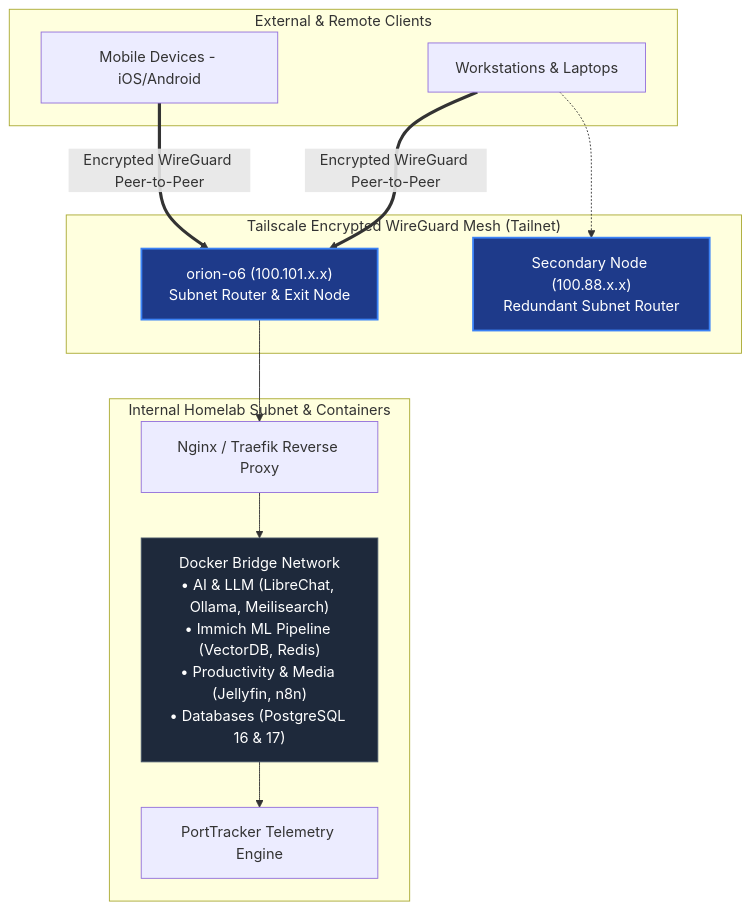
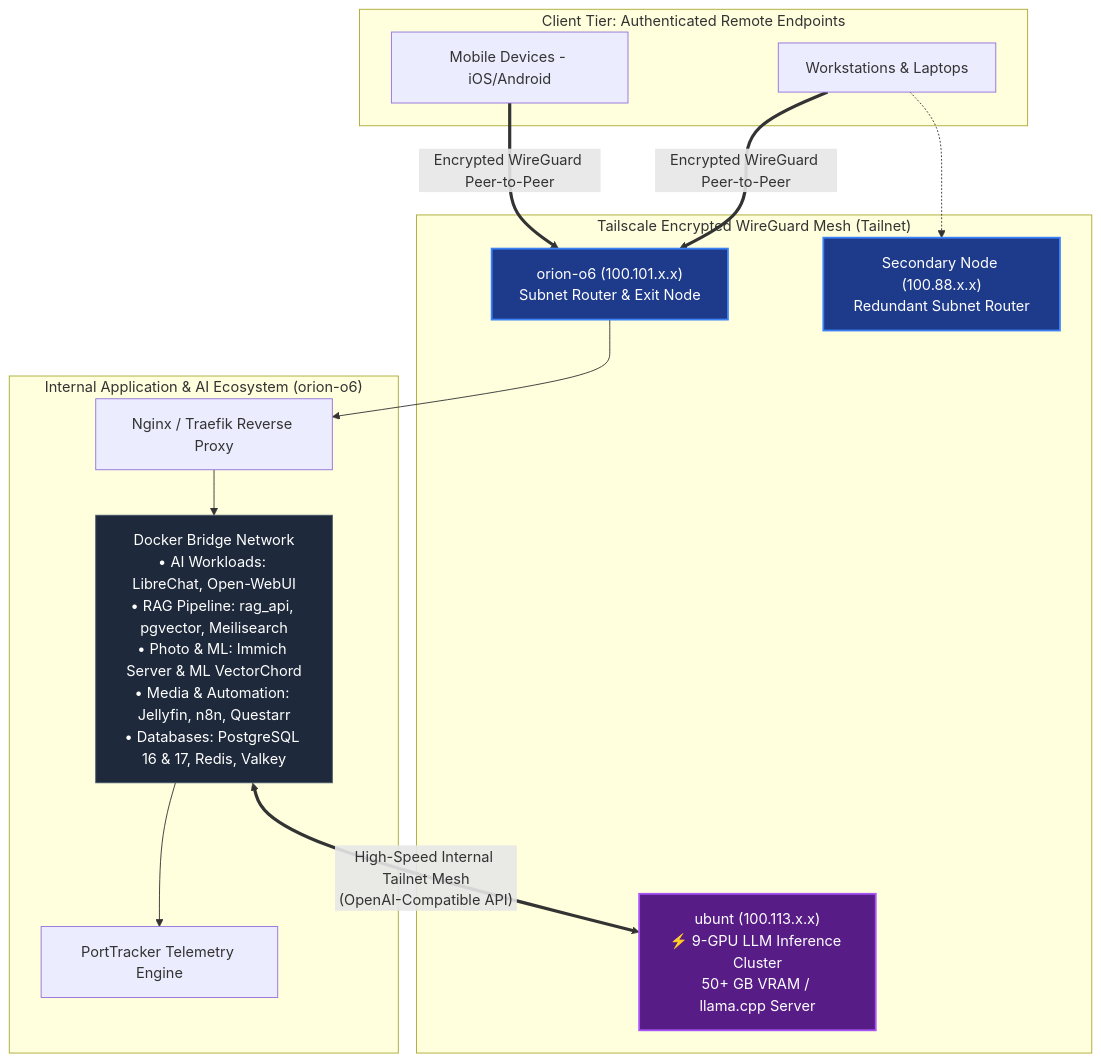
One commit to sebian-lab/sebian-lab.github.io changed the diagram in content/projects/homelab/index.md. Above: the diagram before and after it, drawn with Mermaid. The commit also changed other lines of this file and 5 other files, not shown here.

Commit message:
feat: document 9-GPU LLM inference cluster (50+ GB VRAM) and update 1-page CV

```diff
--- a/content/projects/homelab/index.md
+++ b/content/projects/homelab/index.md
@@ -53,30 +53,35 @@
 {{< mermaid >}}
 graph TD
-    subgraph "External & Remote Clients"
+    subgraph "Client Tier: Authenticated Remote Endpoints"
         DevPC[Workstations & Laptops]
         Mobile[Mobile Devices - iOS/Android]
     end
 
     subgraph "Tailscale Encrypted WireGuard Mesh (Tailnet)"
         Router1["orion-o6 (100.101.x.x)<br>Subnet Router & Exit Node"]
         Router2["Secondary Node (100.88.x.x)<br>Redundant Subnet Router"]
+        GPUCluster["ubunt (100.113.x.x)<br>⚡ 9-GPU LLM Inference Cluster<br>50+ GB VRAM / llama.cpp Server"]
     end
 
-    subgraph "Internal Homelab Subnet & Containers"
+    subgraph "Internal Application & AI Ecosystem (orion-o6)"
         NginxProxy[Nginx / Traefik Reverse Proxy]
-        Containers["Docker Bridge Network<br>• AI & LLM (LibreChat, Ollama, Meilisearch)<br>• Immich ML Pipeline (VectorDB, Redis)<br>• Productivity & Media (Jellyfin, n8n)<br>• Databases (PostgreSQL 16 & 17)"]
+        Containers["Docker Bridge Network<br>• AI Workloads: LibreChat, Open-WebUI<br>• RAG Pipeline: rag_api, pgvector, Meilisearch<br>• Photo & ML: Immich Server & ML VectorChord<br>• Media & Automation: Jellyfin, n8n, Questarr<br>• Databases: PostgreSQL 16 & 17, Redis, Valkey"]
         Monitoring[PortTracker Telemetry Engine]
     end
 
     DevPC == "Encrypted WireGuard Peer-to-Peer" ==> Router1
     Mobile == "Encrypted WireGuard Peer-to-Peer" ==> Router1
     DevPC -.-> Router2
 
     Router1 --> NginxProxy
     NginxProxy --> Containers
     Containers --> Monitoring
 
+    %% Interconnection between orion-o6 AI frontends and 9-GPU cluster
+    Containers <== "High-Speed Internal Tailnet Mesh<br>(OpenAI-Compatible API)" ==> GPUCluster
+
     style Router1 fill:#1e3a8a,stroke:#3b82f6,stroke-width:2px,color:#fff
     style Router2 fill:#1e3a8a,stroke:#3b82f6,stroke-width:2px,color:#fff
+    style GPUCluster fill:#581c87,stroke:#a855f7,stroke-width:2px,color:#fff
     style Containers fill:#1e293b,stroke:#475569,color:#fff
 {{< /mermaid >}}
```
